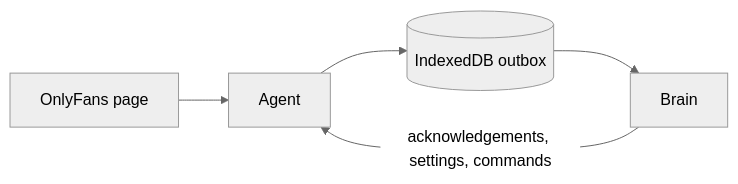
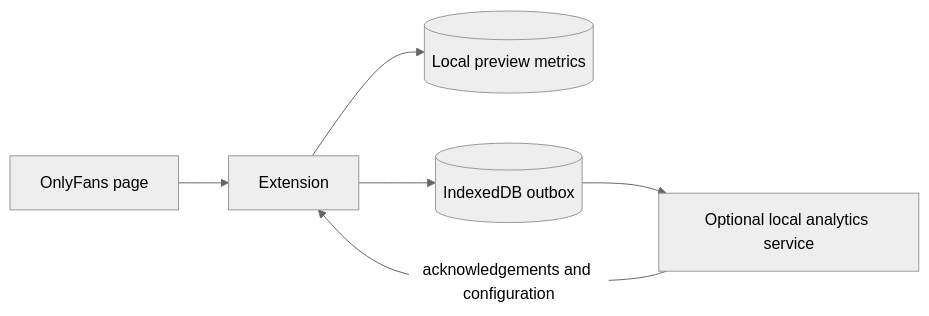
One commit to ramiradwan/onlyfans-conversational-analytics changed the diagram in extension/README.md. Above: the diagram before and after it, drawn with Mermaid (neutral theme). The commit also changed other lines of this file and 49 other files, not shown here.

````diff
--- a/extension/README.md
+++ b/extension/README.md
@@ -17,7 +21,8 @@
 ```mermaid
 flowchart LR
-    PAGE[OnlyFans page] --> AGENT[Agent]
-    AGENT --> OUTBOX[(IndexedDB outbox)]
-    OUTBOX --> BRAIN[Brain]
-    BRAIN -->|acknowledgements, settings, commands| AGENT
+    PAGE[OnlyFans page] --> EXTENSION[Extension]
+    EXTENSION --> PREVIEW[(Local preview metrics)]
+    EXTENSION --> OUTBOX[(IndexedDB outbox)]
+    OUTBOX --> SERVICE[Optional local analytics service]
+    SERVICE -->|acknowledgements and configuration| EXTENSION
 ```
````
